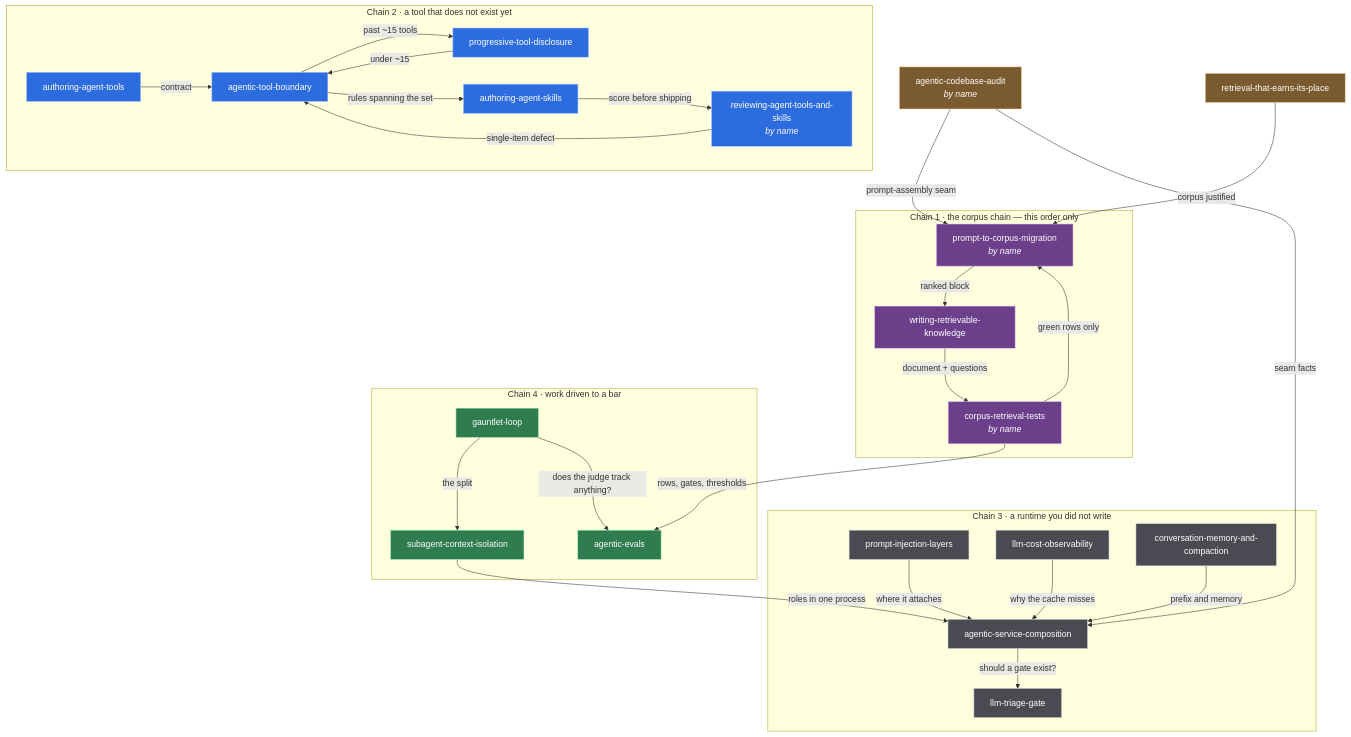
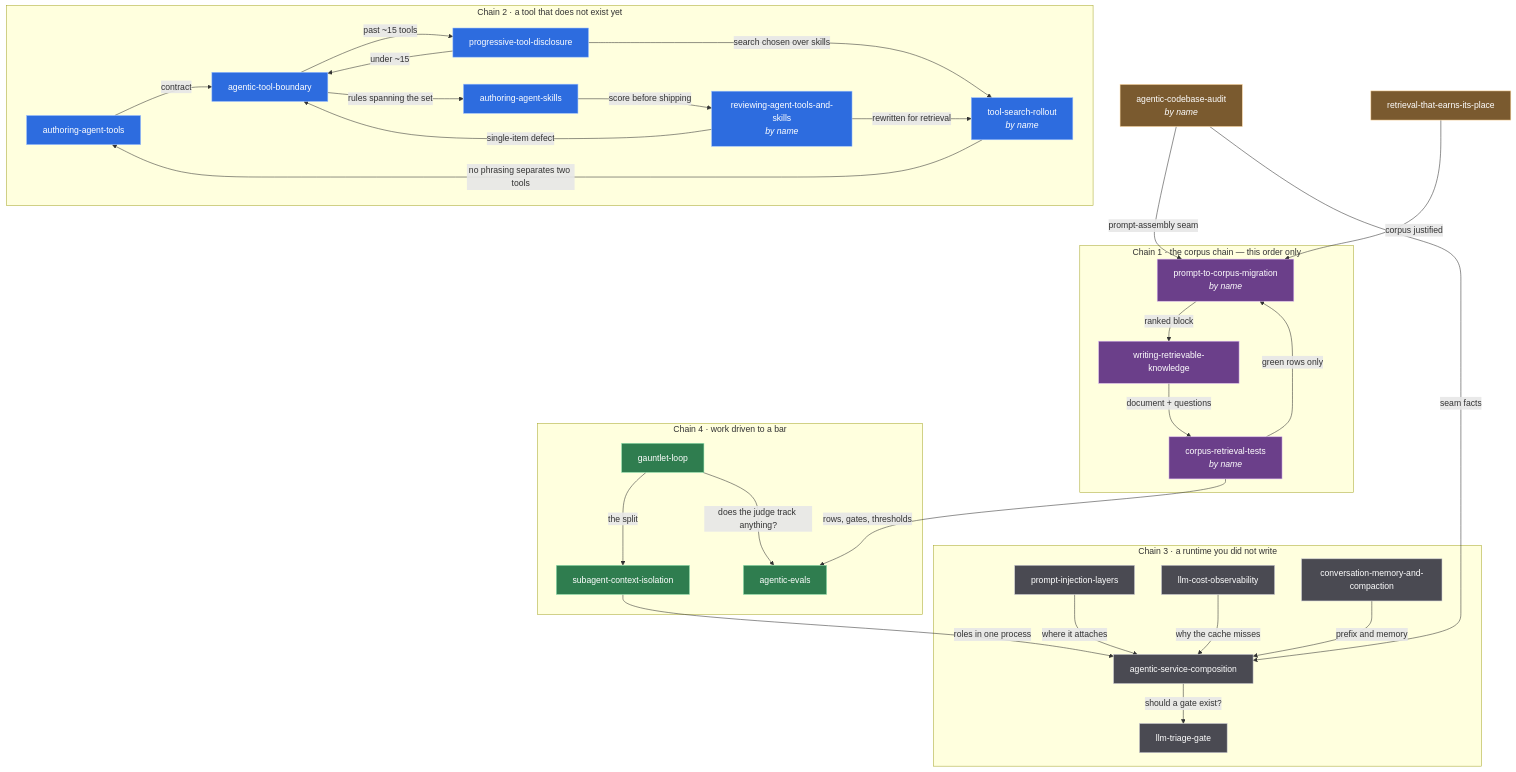
Before and after one commit to rodrigorjsf/java-micronaut-langchain4j-poc: the diagram in docs/06-skills.md, drawn with Mermaid. The commit also changed other lines of this file, not shown here.

First line of the commit message:
docs(skills): chapter 6 gives the rollout pass its row, entry and edges

````diff
--- a/docs/06-skills.md
+++ b/docs/06-skills.md
@@ -75,69 +75,73 @@
 ```mermaid
 flowchart TB
     classDef entry fill:#7a5a2f,stroke:#ffd9a0,color:#ffffff
     classDef corpus fill:#6b3f8a,stroke:#d9b8ef,color:#ffffff
     classDef tools fill:#2d6cdf,stroke:#9ec1ff,color:#ffffff
     classDef runtime fill:#4a4a52,stroke:#c9c9d1,color:#ffffff
     classDef bar fill:#2f7d4f,stroke:#9ae6b4,color:#ffffff
 
     AU["agentic-codebase-audit<br/><i>by name</i>"]
     RT["retrieval-that-earns-its-place"]
 
     subgraph C1["Chain 1 · the corpus chain — this order only"]
         PM["prompt-to-corpus-migration<br/><i>by name</i>"]
         WK["writing-retrievable-knowledge"]
         CT["corpus-retrieval-tests<br/><i>by name</i>"]
     end
 
     subgraph C2["Chain 2 · a tool that does not exist yet"]
         AT["authoring-agent-tools"]
         BND["agentic-tool-boundary"]
         PD["progressive-tool-disclosure"]
         AS["authoring-agent-skills"]
         RV["reviewing-agent-tools-and-skills<br/><i>by name</i>"]
+        TSR["tool-search-rollout<br/><i>by name</i>"]
     end
 
     subgraph C3["Chain 3 · a runtime you did not write"]
         SC["agentic-service-composition"]
         PI["prompt-injection-layers"]
         CO["llm-cost-observability"]
         MEM["conversation-memory-and-compaction"]
         TG["llm-triage-gate"]
     end
 
     subgraph C4["Chain 4 · work driven to a bar"]
         GL["gauntlet-loop"]
         SA["subagent-context-isolation"]
         EV["agentic-evals"]
     end
 
     RT -->|"corpus justified"| PM
     AU -->|"prompt-assembly seam"| PM
     PM -->|"ranked block"| WK
     WK -->|"document + questions"| CT
     CT -->|"green rows only"| PM
     CT -->|"rows, gates, thresholds"| EV
 
     AT -->|"contract"| BND
     BND -->|"past ~15 tools"| PD
     PD -->|"under ~15"| BND
     BND -->|"rules spanning the set"| AS
     AS -->|"score before shipping"| RV
     RV -->|"single-item defect"| BND
+    PD -->|"search chosen over skills"| TSR
+    RV -->|"rewritten for retrieval"| TSR
+    TSR -->|"no phrasing separates two tools"| AT
 
     AU -->|"seam facts"| SC
     PI -->|"where it attaches"| SC
     CO -->|"why the cache misses"| SC
     MEM -->|"prefix and memory"| SC
     SC -->|"should a gate exist?"| TG
 
     GL -->|"the split"| SA
     GL -->|"does the judge track anything?"| EV
     SA -->|"roles in one process"| SC
 
     class AU,RT entry
     class PM,WK,CT corpus
-    class AT,BND,PD,AS,RV tools
+    class AT,BND,PD,AS,RV,TSR tools
     class SC,PI,CO,MEM,TG runtime
     class GL,SA,EV bar
 ```
````
